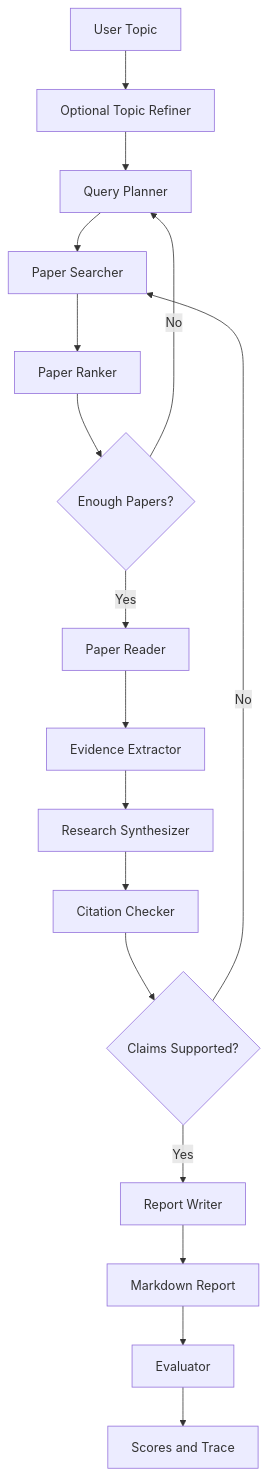
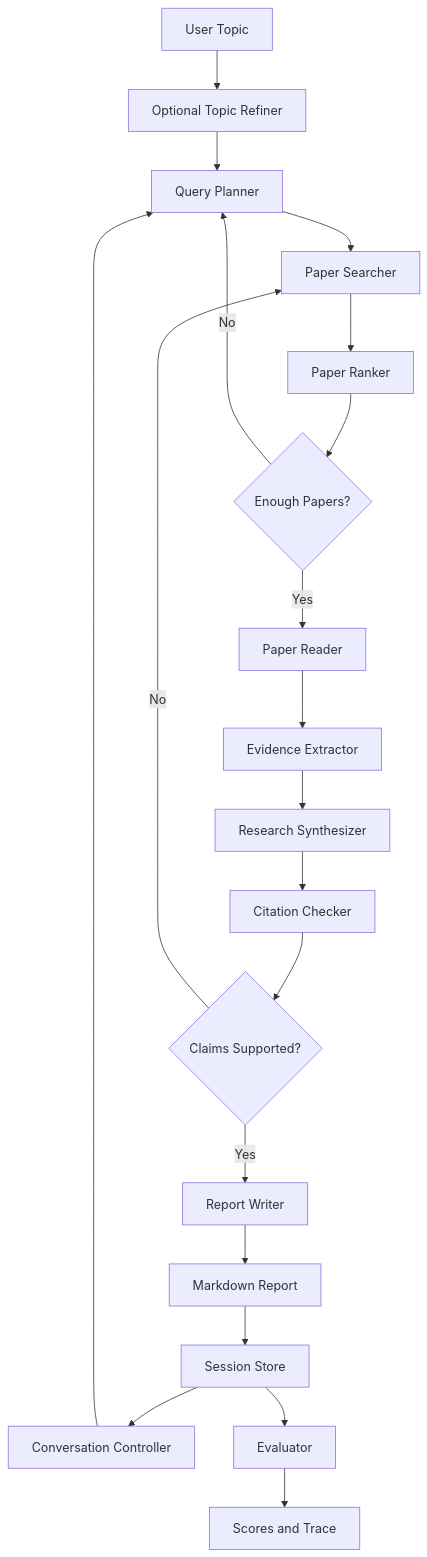
One commit to xinyizhiren/cs599-project changed the first of 2 diagrams in docs/architecture_spec.md. Above: the diagram before and after it, drawn with Mermaid. The commit also changed other lines of this file and 14 other files, not shown here.

````diff
--- a/docs/architecture_spec.md
+++ b/docs/architecture_spec.md
@@ -39,19 +39,22 @@
 ```mermaid
 flowchart TD
     A["User Topic"] --> R["Optional Topic Refiner"]
     R --> B["Query Planner"]
     B --> C["Paper Searcher"]
     C --> D["Paper Ranker"]
     D --> E{"Enough Papers?"}
     E -- "No" --> B
     E -- "Yes" --> F["Paper Reader"]
     F --> G["Evidence Extractor"]
     G --> H["Research Synthesizer"]
     H --> I["Citation Checker"]
     I --> J{"Claims Supported?"}
     J -- "No" --> C
     J -- "Yes" --> K["Report Writer"]
     K --> L["Markdown Report"]
-    L --> M["Evaluator"]
+    L --> S["Session Store"]
+    S --> Cn["Conversation Controller"]
+    Cn --> B
+    S --> M["Evaluator"]
     M --> N["Scores and Trace"]
 ```
````
